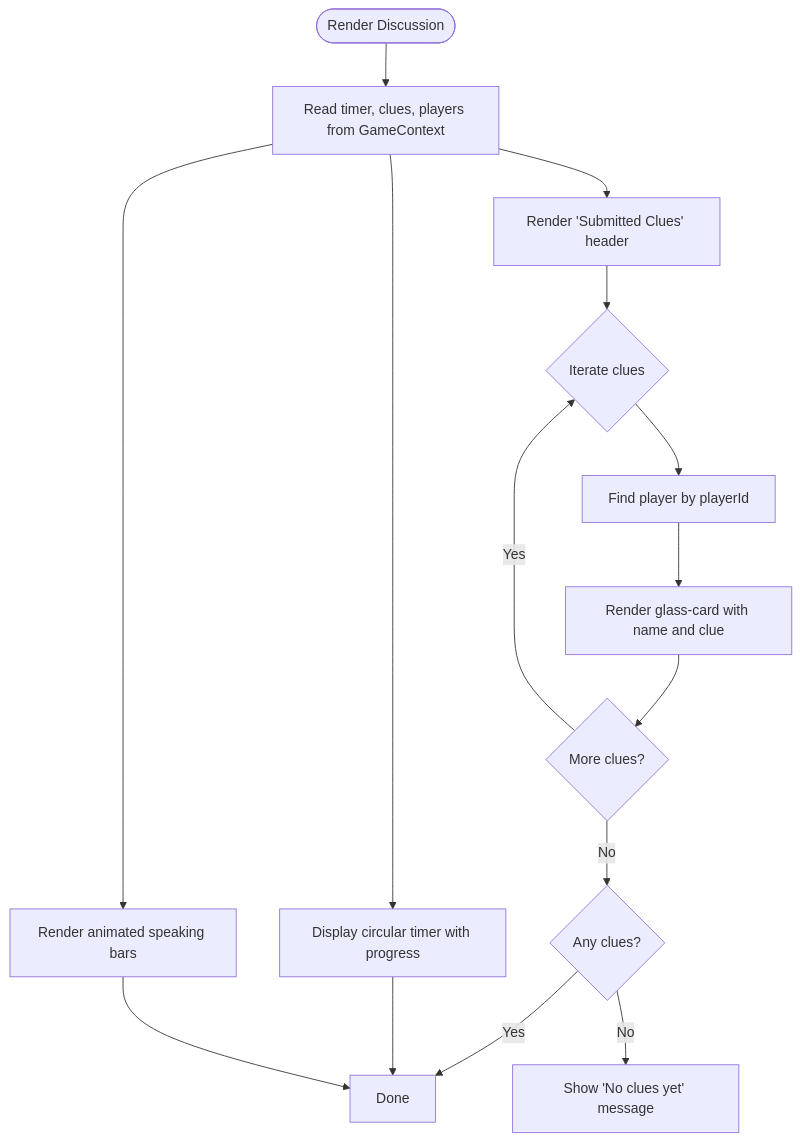
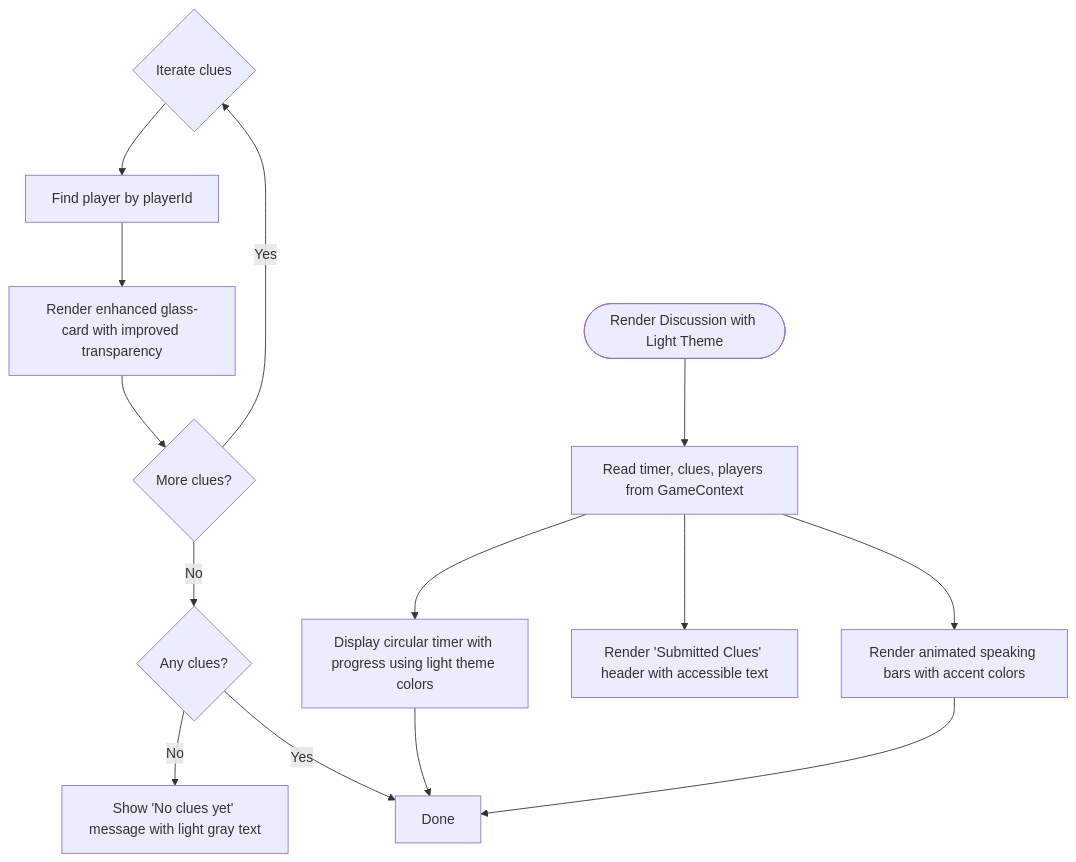
The third of 10 diagrams in .qoder/repowiki/en/content/Game Screens and UI Components/Discussion Screen.md (sparshgupta001/imposter_game), drawn with Mermaid before and after one commit. The commit also changed other lines of this file and 22 other files, not shown here.

````diff
--- a/.qoder/repowiki/en/content/Game Screens and UI Components/Discussion Screen.md
+++ b/.qoder/repowiki/en/content/Game Screens and UI Components/Discussion Screen.md
@@ -159,17 +168,16 @@
 ```mermaid
 flowchart TD
-Start(["Render Discussion"]) --> LoadState["Read timer, clues, players from GameContext"]
-LoadState --> Timer["Display circular timer with progress"]
-LoadState --> SpeakAnim["Render animated speaking bars"]
-LoadState --> CluesHeader["Render 'Submitted Clues' header"]
-CluesHeader --> IterateClues{"Iterate clues"}
-IterateClues --> FindPlayer["Find player by playerId"]
-FindPlayer --> RenderCard["Render glass-card with name and clue"]
+Start(["Render Discussion with Light Theme"]) --> LoadState["Read timer, clues, players from GameContext"]
+LoadState --> Timer["Display circular timer with progress using light theme colors"]
+LoadState --> SpeakAnim["Render animated speaking bars with accent colors"]
+LoadState --> CluesHeader["Render 'Submitted Clues' header with accessible text"]
+IterateClues{"Iterate clues"} --> FindPlayer["Find player by playerId"]
+FindPlayer --> RenderCard["Render enhanced glass-card with improved transparency"]
 RenderCard --> MoreClues{"More clues?"}
 MoreClues --> |Yes| IterateClues
 MoreClues --> |No| EmptyState{"Any clues?"}
-EmptyState --> |No| ShowEmpty["Show 'No clues yet' message"]
+EmptyState --> |No| ShowEmpty["Show 'No clues yet' message with light gray text"]
 EmptyState --> |Yes| Done["Done"]
 Timer --> Done
 SpeakAnim --> Done
 ```
````
